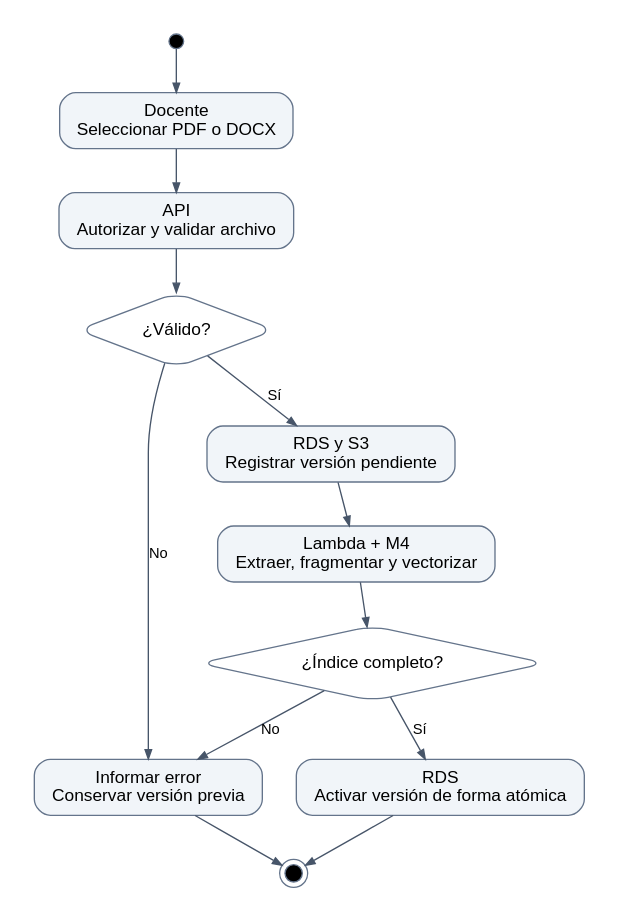
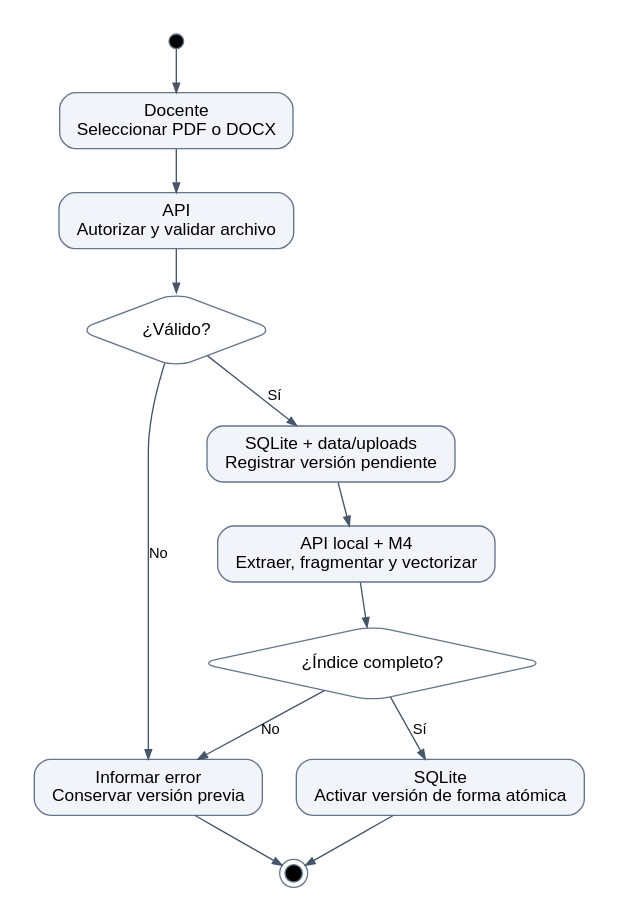
Before and after one commit to MonicaMNK/MONDA_PLATAFORMA: the diagram in reference_design/diagramas/actividad_contenido.dot, drawn with Graphviz. The commit also changed 38 other files, not shown here.

```diff
--- a/reference_design/diagramas/actividad_contenido.dot
+++ b/reference_design/diagramas/actividad_contenido.dot
@@ -1,21 +1,21 @@
 digraph G {
 graph [fontname="Arial", bgcolor="white", nodesep=0.35, ranksep=0.45, pad=0.25]; node [fontname="Arial", fontsize=13, shape=box, style="rounded,filled", fillcolor="#f1f5f9", color="#64748b", margin="0.14,0.10"]; edge [fontname="Arial", fontsize=11, color="#475569", arrowsize=0.7];
 rankdir=TB;
  inicio [shape=circle,label="",fillcolor=black,width=.15,height=.15]; fin [shape=doublecircle,label="",fillcolor=black,width=.18,height=.18];
  inicio -> cargar; cargar [label="Docente
 Seleccionar PDF o DOCX"];
  cargar -> validar; validar [label="API
 Autorizar y validar archivo"];
  validar -> ok; ok [shape=diamond,label="¿Válido?",fillcolor=white];
  ok -> error [label="No"]; error [label="Informar error
 Conservar versión previa"];
- ok -> guardar [label="Sí"]; guardar [label="RDS y S3
+ ok -> guardar [label="Sí"]; guardar [label="SQLite + data/uploads
 Registrar versión pendiente"];
- guardar -> procesar; procesar [label="Lambda + M4
+ guardar -> procesar; procesar [label="API local + M4
 Extraer, fragmentar y vectorizar"];
  procesar -> completo; completo [shape=diamond,label="¿Índice completo?",fillcolor=white];
  completo -> error [label="No"]; completo -> activar [label="Sí"];
- activar [label="RDS
+ activar [label="SQLite
 Activar versión de forma atómica"]; activar -> fin; error -> fin;
 
 }
```
